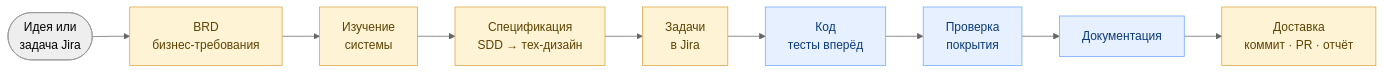
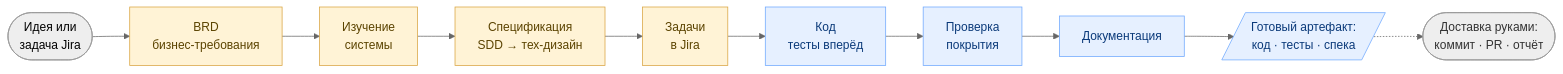
Before and after one commit to i-gabdrahmanov/skills: the first of 4 diagrams in forge/docs/pipeline-business.md, drawn with Mermaid (neutral theme). The commit also changed other lines of this file and 11 other files, not shown here.

````diff
--- a/forge/docs/pipeline-business.md
+++ b/forge/docs/pipeline-business.md
@@ -26,16 +30,19 @@
 ```mermaid
 flowchart LR
     A([Идея или<br/>задача Jira]) --> B[BRD<br/>бизнес-требования]
     B --> C[Изучение<br/>системы]
     C --> S[Спецификация<br/>SDD → тех-дизайн]
     S --> E[Задачи<br/>в Jira]
     E --> F[Код<br/>тесты вперёд]
     F --> G[Проверка<br/>покрытия]
     G --> H[Документация]
-    H --> I[Доставка<br/>коммит · PR · отчёт]
+    H --> I[/Готовый артефакт:<br/>код · тесты · спека/]
+    I -.-> D([Доставка руками:<br/>коммит · PR · отчёт])
 
     classDef gate fill:#fff3d6,stroke:#d9a441,color:#5b4300;
     classDef auto fill:#e6f0ff,stroke:#6ea8fe,color:#0b3a7a;
-    class B,C,S,E,I gate;
-    class F,G,H auto;
+    classDef manual fill:#eeeeee,stroke:#999999,color:#333333;
+    class B,C,S,E gate;
+    class F,G,H,I auto;
+    class D manual;
 ```
````
